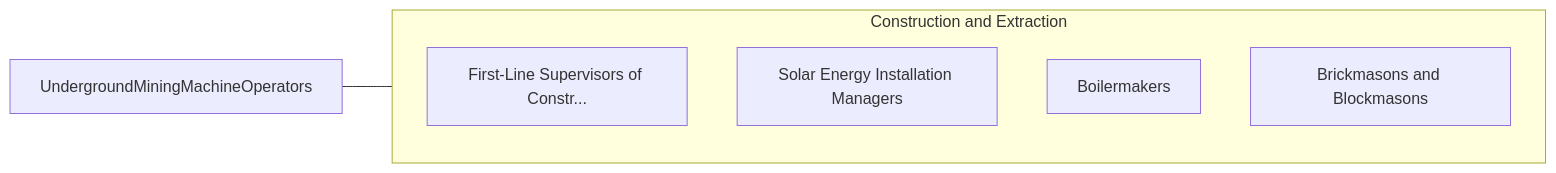
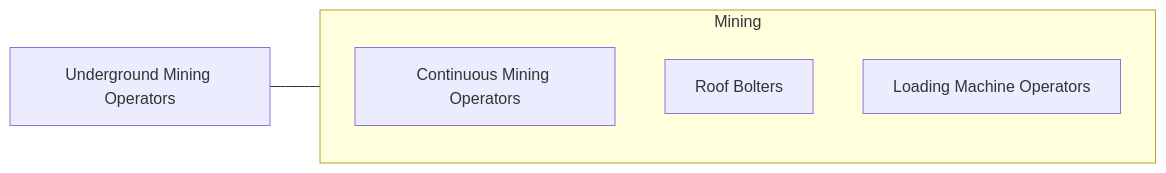
One commit to kziemski/business.org.ai changed the fourth of 4 diagrams in occupations/Construction/UndergroundMiningMachineOperators.mdx. Above: the diagram before and after it, drawn with Mermaid. The commit also changed other lines of this file and 938 other files, not shown here.

````diff
--- a/occupations/Construction/UndergroundMiningMachineOperators.mdx
+++ b/occupations/Construction/UndergroundMiningMachineOperators.mdx
@@ -55,13 +134,10 @@
 ```mermaid
 graph LR
-    Current["UndergroundMiningMachineOperators"]
-
-    subgraph SameCategory["Construction and Extraction"]
-        FirstLineSupervisors["First-Line Supervisors of Constr..."]
-        SolarEnergyInstallat["Solar Energy Installation Managers"]
-        Boilermakers["Boilermakers"]
-        BrickmasonsAndBlockm["Brickmasons and Blockmasons"]
+    Current["Underground Mining Operators"]
+    subgraph Same["Mining"]
+        Continuous["Continuous Mining Operators"]
+        RoofBolt["Roof Bolters"]
+        Loading["Loading Machine Operators"]
     end
-
-    Current --- SameCategory
+    Current --- Same
 ```
````
